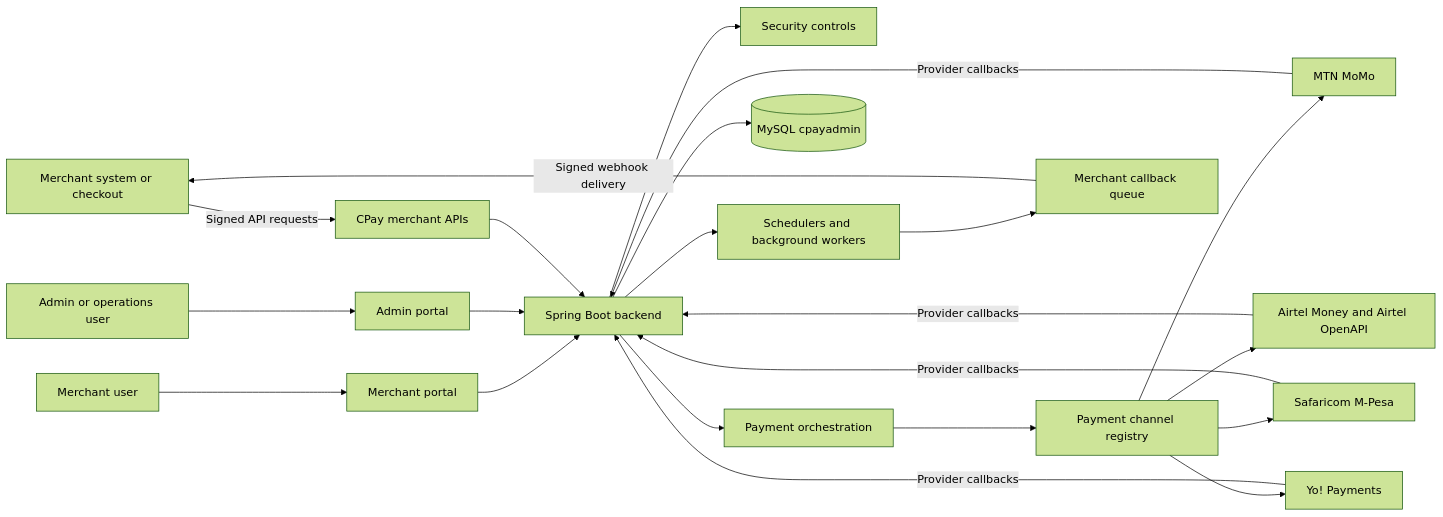
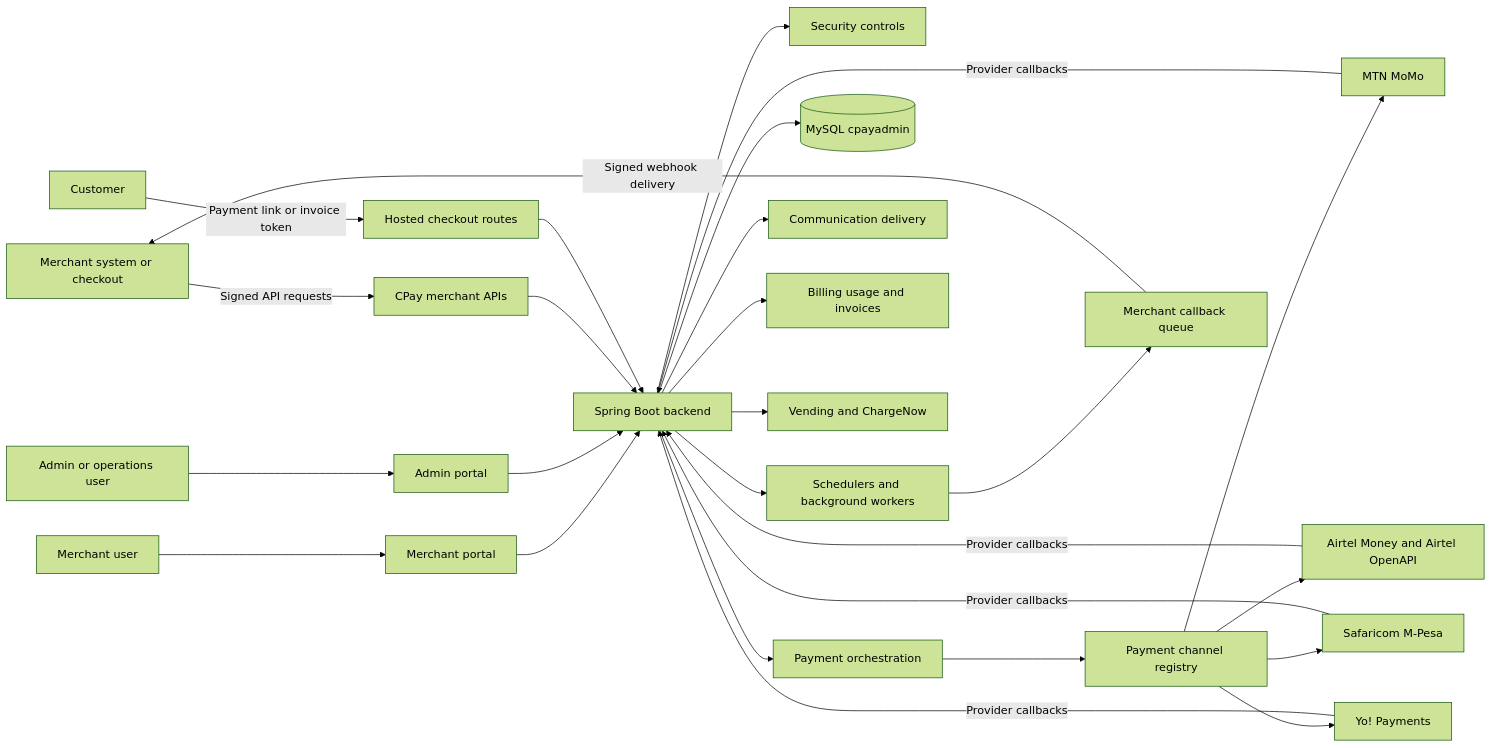
The first of 7 diagrams in Docs/Architecture/Overview.md (lynelk/CPay), drawn with Mermaid (forest theme) before and after one commit. The commit also changed other lines of this file and 39 other files, not shown here.

````diff
--- a/Docs/Architecture/Overview.md
+++ b/Docs/Architecture/Overview.md
@@ -12,29 +12,34 @@
 ```mermaid
 flowchart LR
     MerchantSystem[Merchant system or checkout] -->|Signed API requests| PublicApi[CPay merchant APIs]
+    Customer[Customer] -->|Payment link or invoice token| HostedCheckout[Hosted checkout routes]
     MerchantUser[Merchant user] --> MerchantPortal[Merchant portal]
     AdminUser[Admin or operations user] --> AdminPortal[Admin portal]
 
     MerchantPortal --> Backend[Spring Boot backend]
     AdminPortal --> Backend
     PublicApi --> Backend
+    HostedCheckout --> Backend
 
     Backend --> Security[Security controls]
     Backend --> Orchestration[Payment orchestration]
     Backend --> DataStore[(MySQL cpayadmin)]
     Backend --> Scheduler[Schedulers and background workers]
+    Backend --> Communication[Communication delivery]
+    Backend --> Billing[Billing usage and invoices]
+    Backend --> Vending[Vending and ChargeNow]
 
     Orchestration --> GatewayRegistry[Payment channel registry]
     GatewayRegistry --> MTN[MTN MoMo]
     GatewayRegistry --> Airtel[Airtel Money and Airtel OpenAPI]
     GatewayRegistry --> Mpesa[Safaricom M-Pesa]
     GatewayRegistry --> Yo[Yo! Payments]
 
     MTN -->|Provider callbacks| Backend
     Airtel -->|Provider callbacks| Backend
     Mpesa -->|Provider callbacks| Backend
     Yo -->|Provider callbacks| Backend
 
     Scheduler --> CallbackQueue[Merchant callback queue]
     CallbackQueue -->|Signed webhook delivery| MerchantSystem
 ```
````
